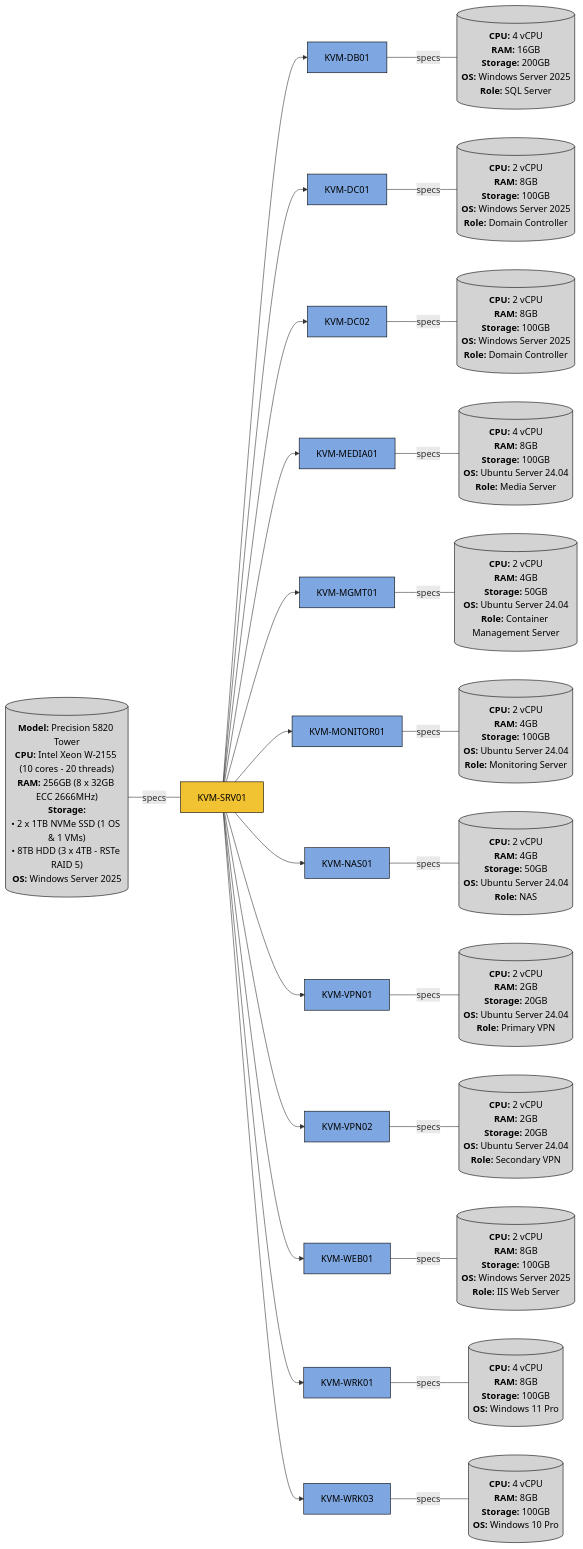
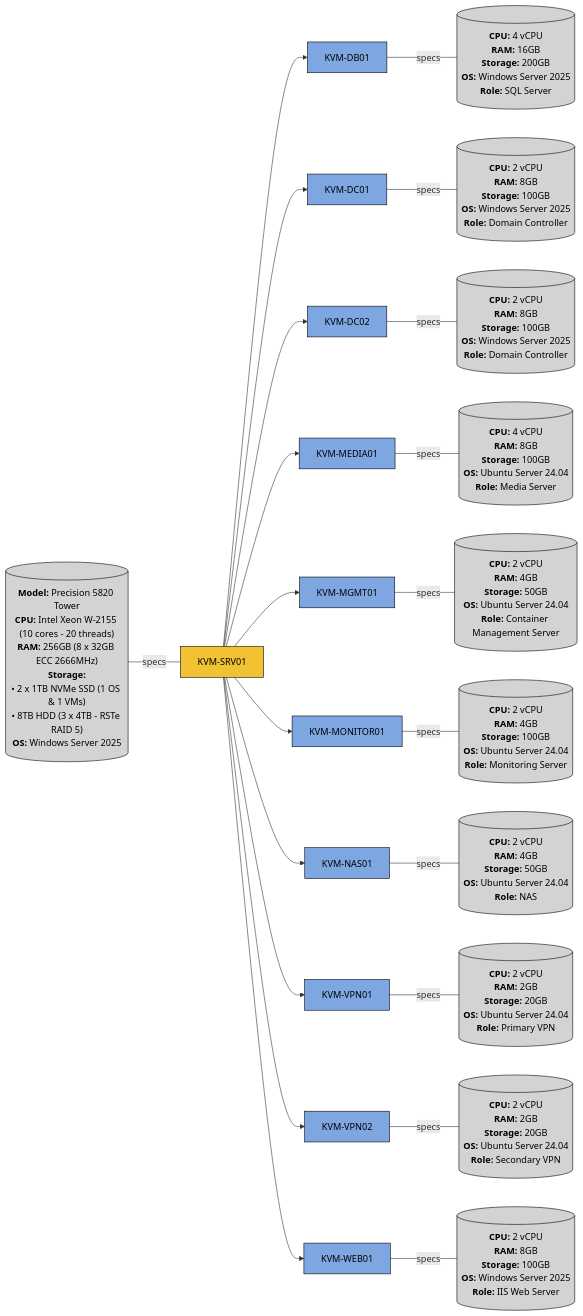
Before and after one commit to khangvum/homelab-ansible-config: the diagram in README.md, drawn with Mermaid. The commit also changed 2 other files, not shown here.

Commit message:
refactor: removed workstation VMs

````diff
--- a/README.md
+++ b/README.md
@@ -14,81 +14,73 @@
 ```mermaid
 flowchart LR
   %% 1. KVM-SRV01
   %% - Host
   SRV01_SPECS[("`**Model:** Precision 5820 Tower
                 **CPU:** Intel Xeon W-2155 (10 cores - 20 threads)
                 **RAM:** 256GB (8 x 32GB ECC 2666MHz)
                 **Storage:**
                 • 2 x 1TB NVMe SSD (1 OS & 1 VMs)
                 • 8TB HDD (3 x 4TB - RSTe RAID 5)
                 **OS:** Windows Server 2025`")] -- specs --- SRV01[KVM-SRV01]
 
   %% - VMs
   SRV01 --> DB01[KVM-DB01] -- specs --- DB01_SPECS[("`**CPU:** 4 vCPU
                                                       **RAM:** 16GB
                                                       **Storage:** 200GB
                                                       **OS:** Windows Server 2025
                                                       **Role:** SQL Server`")]
   SRV01 --> DC01[KVM-DC01] -- specs --- DC01_SPECS[("`**CPU:** 2 vCPU
                                                       **RAM:** 8GB
                                                       **Storage:** 100GB
                                                       **OS:** Windows Server 2025
                                                       **Role:** Domain Controller`")]
   SRV01 --> DC02[KVM-DC02] -- specs --- DC02_SPECS[("`**CPU:** 2 vCPU
                                                       **RAM:** 8GB
                                                       **Storage:** 100GB
                                                       **OS:** Windows Server 2025
                                                       **Role:** Domain Controller`")]
   SRV01 --> MEDIA01[KVM-MEDIA01] -- specs --- MEDIA01_SPECS[("`**CPU:** 4 vCPU
                                                             **RAM:** 8GB
                                                             **Storage:** 100GB
                                                             **OS:** Ubuntu Server 24.04
                                                             **Role:** Media Server`")]
   SRV01 --> MGMT01[KVM-MGMT01] -- specs --- MGMT01_SPECS[("`**CPU:** 2 vCPU
                                                             **RAM:** 4GB
                                                             **Storage:** 50GB
                                                             **OS:** Ubuntu Server 24.04
                                                             **Role:** Container Management Server`")]
   SRV01 --> MONITOR01[KVM-MONITOR01] -- specs --- MONITOR01_SPECS[("`**CPU:** 2 vCPU
                                                                     **RAM:** 4GB
                                                                     **Storage:** 100GB
                                                                     **OS:** Ubuntu Server 24.04
                                                                     **Role:** Monitoring Server`")]
   SRV01 --> NAS01[KVM-NAS01] -- specs --- NAS01_SPECS[("`**CPU:** 2 vCPU
                                                         **RAM:** 4GB
                                                         **Storage:** 50GB
                                                         **OS:** Ubuntu Server 24.04
                                                         **Role:** NAS`")]
   SRV01 --> VPN01[KVM-VPN01] -- specs --- VPN01_SPECS[("`**CPU:** 2 vCPU
                                                         **RAM:** 2GB
                                                         **Storage:** 20GB
                                                         **OS:** Ubuntu Server 24.04
                                                         **Role:** Primary VPN`")]
   SRV01 --> VPN02[KVM-VPN02] -- specs --- VPN02_SPECS[("`**CPU:** 2 vCPU
                                                         **RAM:** 2GB
                                                         **Storage:** 20GB
                                                         **OS:** Ubuntu Server 24.04
                                                         **Role:** Secondary VPN`")]
   SRV01 --> WEB01[KVM-WEB01] -- specs --- WEB01_SPECS[("`**CPU:** 2 vCPU
                                                         **RAM:** 8GB
                                                         **Storage:** 100GB
                                                         **OS:** Windows Server 2025
                                                         **Role:** IIS Web Server`")]
-  SRV01 --> WRK01[KVM-WRK01] -- specs --- WRK01_SPECS[("`**CPU:** 4 vCPU
-                                                        **RAM:** 8GB
-                                                        **Storage:** 100GB
-                                                        **OS:** Windows 11 Pro`")]
-  SRV01 --> WRK03[KVM-WRK03] -- specs --- WRK03_SPECS[("`**CPU:** 4 vCPU
-                                                        **RAM:** 8GB
-                                                        **Storage:** 100GB
-                                                        **OS:** Windows 10 Pro`")]
   
 
   %% Styling
   class SRV01 hosts
   classDef hosts fill:#f1c232,stroke:#000,color:#000
   class DB01,DC01,DC02,MEDIA01,MGMT01,MONITOR01,NAS01,VPN01,VPN02,WEB01,WRK01,WRK02,WRK03,WRK04 vms
   classDef vms fill:#7ea6e0,stroke:#000,color:#000
   class SRV01_SPECS,DB01_SPECS,DC01_SPECS,DC02_SPECS,MEDIA01_SPECS,MGMT01_SPECS,MONITOR01_SPECS,NAS01_SPECS,VPN01_SPECS,VPN02_SPECS,WEB01_SPECS,WRK01_SPECS,WRK02_SPECS,WRK03_SPECS,WRK04_SPECS specs
   classDef specs fill:#d3d3d3,stroke:#000,color:#000
 ```
````
